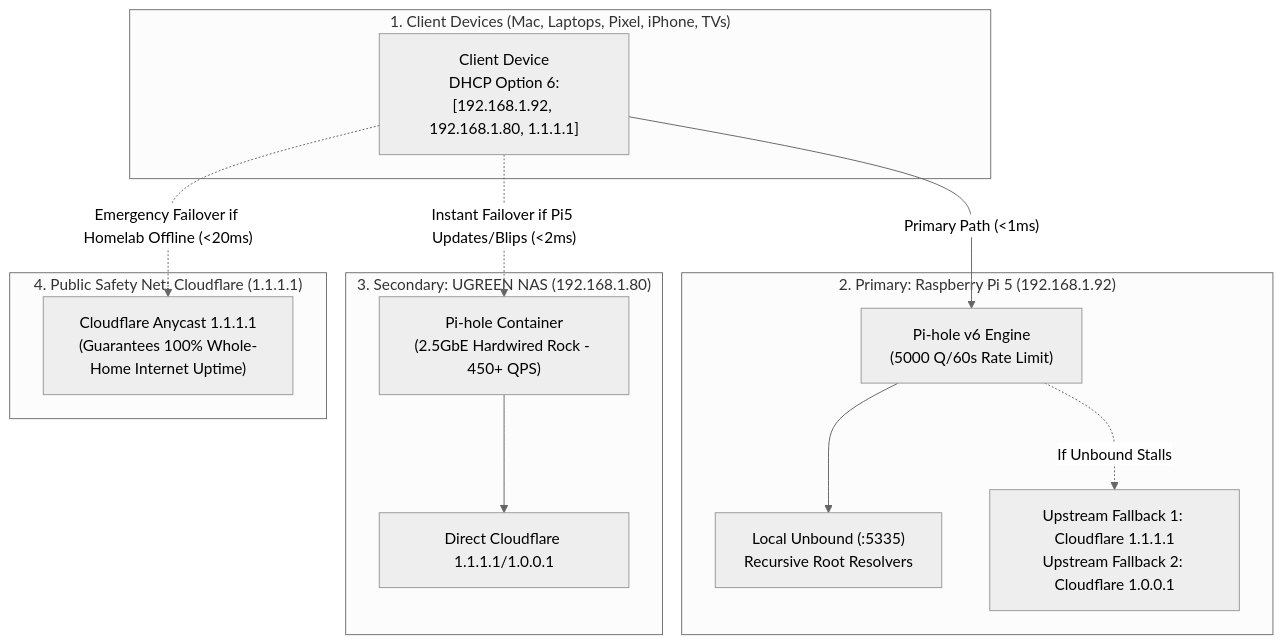
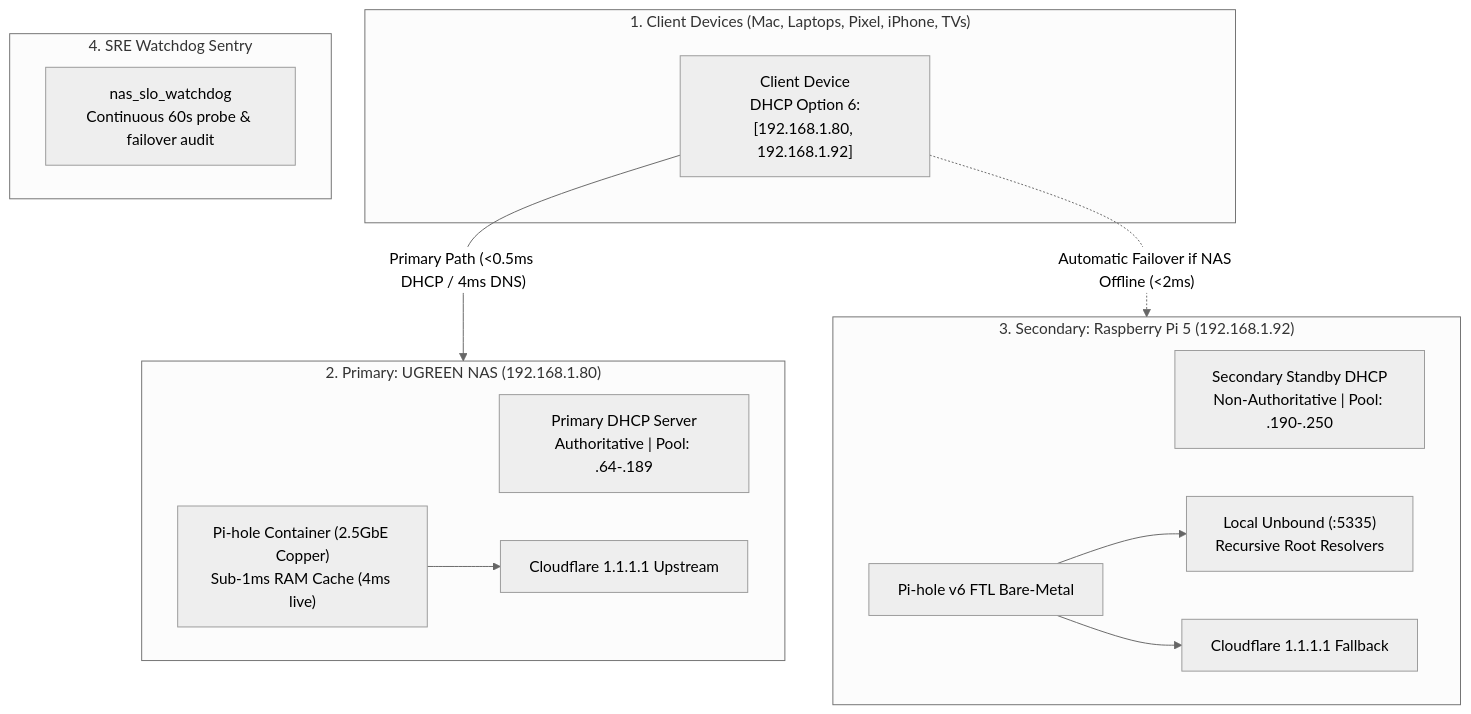
The diagram in raspberrypi/pihole/README.md (deepshah08/Learning), drawn with Mermaid (neutral theme) before and after one commit. The commit also changed other lines of this file and 3 other files, not shown here.

Commit message:
docs(so-truth): synchronize Single Source of Truth via /md-writer for Dual DHCP, DNS hardening, and SRE Watchdog

````diff
--- a/raspberrypi/pihole/README.md
+++ b/raspberrypi/pihole/README.md
@@ -15,28 +15,28 @@
 ```mermaid
 flowchart TD
     subgraph ClientLayer["1. Client Devices (Mac, Laptops, Pixel, iPhone, TVs)"]
-        Client["Client Device\nDHCP Option 6:\n[192.168.1.92, 192.168.1.80, 1.1.1.1]"]
+        Client["Client Device\nDHCP Option 6:\n[192.168.1.80, 192.168.1.92]"]
     end
 
-    subgraph PrimaryDNS["2. Primary: Raspberry Pi 5 (192.168.1.92)"]
-        Pi5["Pi-hole v6 Engine\n(5000 Q/60s Rate Limit)"]
-        Unbound["Local Unbound (:5335)\nRecursive Root Resolvers"]
-        CF_Fallbacks["Upstream Fallback 1: Cloudflare 1.1.1.1\nUpstream Fallback 2: Cloudflare 1.0.0.1"]
-        Pi5 --> Unbound
-        Pi5 -.->|"If Unbound Stalls"| CF_Fallbacks
+    subgraph PrimaryDNS["2. Primary: UGREEN NAS (192.168.1.80)"]
+        NAS_DHCP["Primary DHCP Server\nAuthoritative | Pool: .64-.189"]
+        NAS_DNS["Pi-hole Container (2.5GbE Copper)\nSub-1ms RAM Cache (4ms live)"]
+        NAS_CF["Cloudflare 1.1.1.1 Upstream"]
+        NAS_DNS --> NAS_CF
     end
 
-    subgraph SecondaryDNS["3. Secondary: UGREEN NAS (192.168.1.80)"]
-        NAS["Pi-hole Container\n(2.5GbE Hardwired Rock - 450+ QPS)"]
-        NAS_CF["Direct Cloudflare 1.1.1.1/1.0.0.1"]
-        NAS --> NAS_CF
+    subgraph SecondaryDNS["3. Secondary: Raspberry Pi 5 (192.168.1.92)"]
+        Pi5_DHCP["Secondary Standby DHCP\nNon-Authoritative | Pool: .190-.250"]
+        Pi5_DNS["Pi-hole v6 FTL Bare-Metal"]
+        Unbound["Local Unbound (:5335)\nRecursive Root Resolvers"]
+        Pi5_CF["Cloudflare 1.1.1.1 Fallback"]
+        Pi5_DNS --> Unbound & Pi5_CF
     end
 
-    subgraph PublicFallback["4. Public Safety Net: Cloudflare (1.1.1.1)"]
-        PublicCF["Cloudflare Anycast 1.1.1.1\n(Guarantees 100% Whole-Home Internet Uptime)"]
+    subgraph Sentry["4. SRE Watchdog Sentry"]
+        Watchdog["nas_slo_watchdog\nContinuous 60s probe & failover audit"]
     end
 
-    Client -->|"Primary Path (<1ms)"| Pi5
-    Client -.->|"Instant Failover if Pi5 Updates/Blips (<2ms)"| NAS
-    Client -.->|"Emergency Failover if Homelab Offline (<20ms)"| PublicCF
+    Client -->|"Primary Path (<0.5ms DHCP / 4ms DNS)"| PrimaryDNS
+    Client -.->|"Automatic Failover if NAS Offline (<2ms)"| SecondaryDNS
 ```
````
